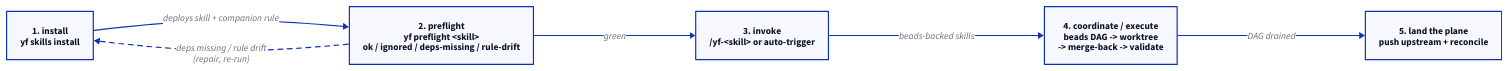
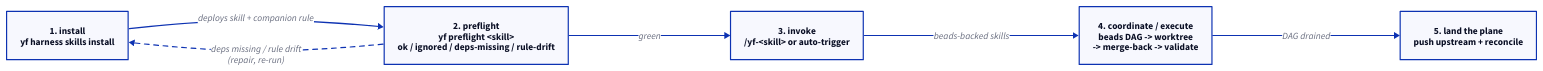
Before and after one commit to dixson3/yoshiko-flow: the diagram in web/content/images/lifecycle.d2, drawn with D2. The commit also changed 12 other files, not shown here.

```diff
--- a/web/content/images/lifecycle.d2
+++ b/web/content/images/lifecycle.d2
@@ -1,35 +1,35 @@
 # yoshiko-flow skill lifecycle — install -> preflight -> invoke -> coordinate/execute.
 direction: right
 
 install: {
-  label: "1. install\nyf skills install"
+  label: "1. install\nyf harness skills install"
   shape: rectangle
 }
 
 preflight: {
   label: "2. preflight\nyf preflight <skill>\nok / ignored / deps-missing / rule-drift"
   shape: rectangle
 }
 
 invoke: {
   label: "3. invoke\n/yf-<skill> or auto-trigger"
   shape: rectangle
 }
 
 coordinate: {
   label: "4. coordinate / execute\nbeads DAG -> worktree\n-> merge-back -> validate"
   shape: rectangle
 }
 
 land: {
   label: "5. land the plane\npush upstream + reconcile"
   shape: rectangle
 }
 
 install -> preflight: "deploys skill + companion rule"
 preflight -> invoke: "green"
 preflight -> install: "deps missing / rule drift\n(repair, re-run)" {
   style.stroke-dash: 4
 }
 invoke -> coordinate: "beads-backed skills"
 coordinate -> land: "DAG drained"
```
